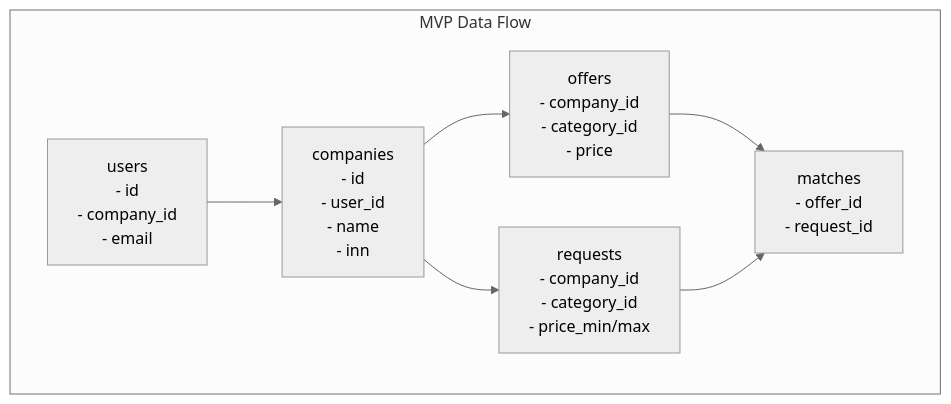
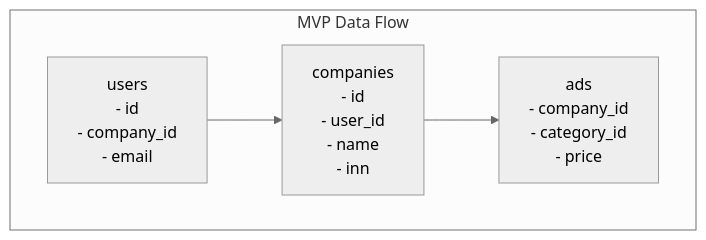
Before and after one commit to otuskotlin/202602-ok-marketplace: the second of 2 diagrams in docs/architecture/erd-mvp.md, drawn with Mermaid (neutral theme). The commit also changed other lines of this file and 6 other files, not shown here.

````diff
--- a/docs/architecture/erd-mvp.md
+++ b/docs/architecture/erd-mvp.md
@@ -227,10 +154,7 @@
 ```mermaid
 graph TB
     subgraph "MVP Data Flow"
         U[users<br/>- id<br/>- company_id<br/>- email] --> C[companies<br/>- id<br/>- user_id<br/>- name<br/>- inn]
-        C --> O[offers<br/>- company_id<br/>- category_id<br/>- price]
-        C --> R[requests<br/>- company_id<br/>- category_id<br/>- price_min/max]
-        O --> M[matches<br/>- offer_id<br/>- request_id]
-        R --> M
+        C --> A[ads<br/>- company_id<br/>- category_id<br/>- price]
     end
 ```
````
